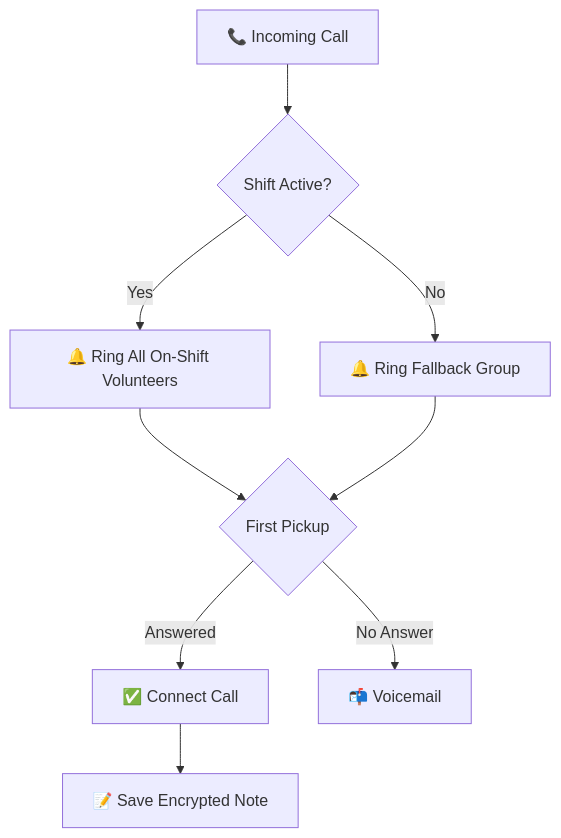
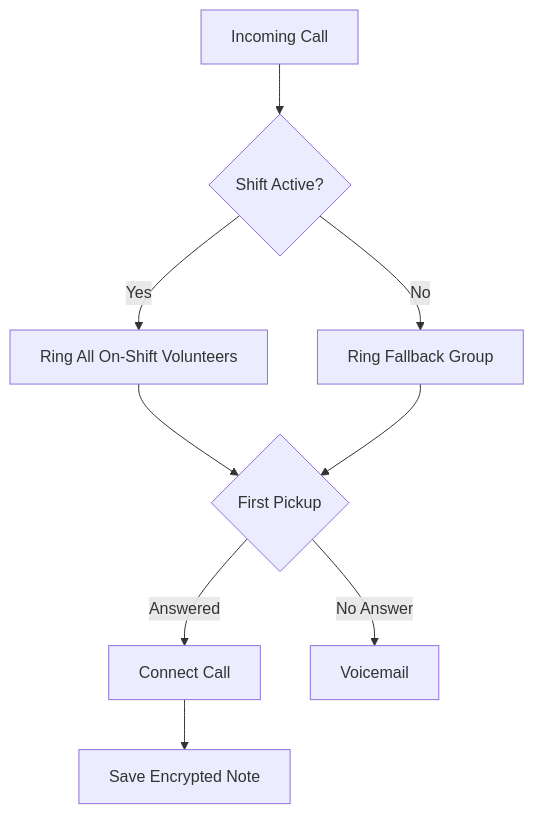
The diagram in README.md (rhonda-rodododo/llamenos-hotline), drawn with Mermaid before and after one commit. The commit also changed other lines of this file and 11 other files, not shown here.

````diff
--- a/README.md
+++ b/README.md
@@ -50,11 +50,11 @@
 ```mermaid
 flowchart TD
-    A["📞 Incoming Call"] --> B{"Shift Active?"}
-    B -->|Yes| C["🔔 Ring All On-Shift Volunteers"]
-    B -->|No| D["🔔 Ring Fallback Group"]
+    A["Incoming Call"] --> B{"Shift Active?"}
+    B -->|Yes| C["Ring All On-Shift Volunteers"]
+    B -->|No| D["Ring Fallback Group"]
     C --> E{"First Pickup"}
     D --> E
-    E -->|Answered| F["✅ Connect Call"]
-    E -->|No Answer| G["📬 Voicemail"]
-    F --> H["📝 Save Encrypted Note"]
+    E -->|Answered| F["Connect Call"]
+    E -->|No Answer| G["Voicemail"]
+    F --> H["Save Encrypted Note"]
 ```
````
